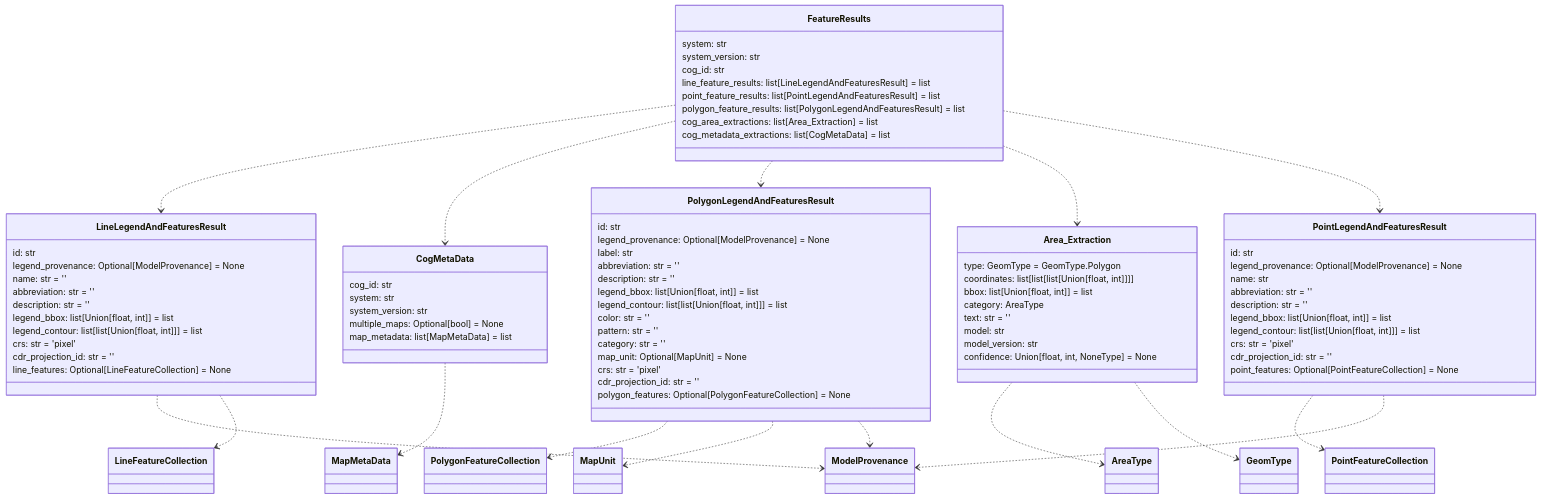
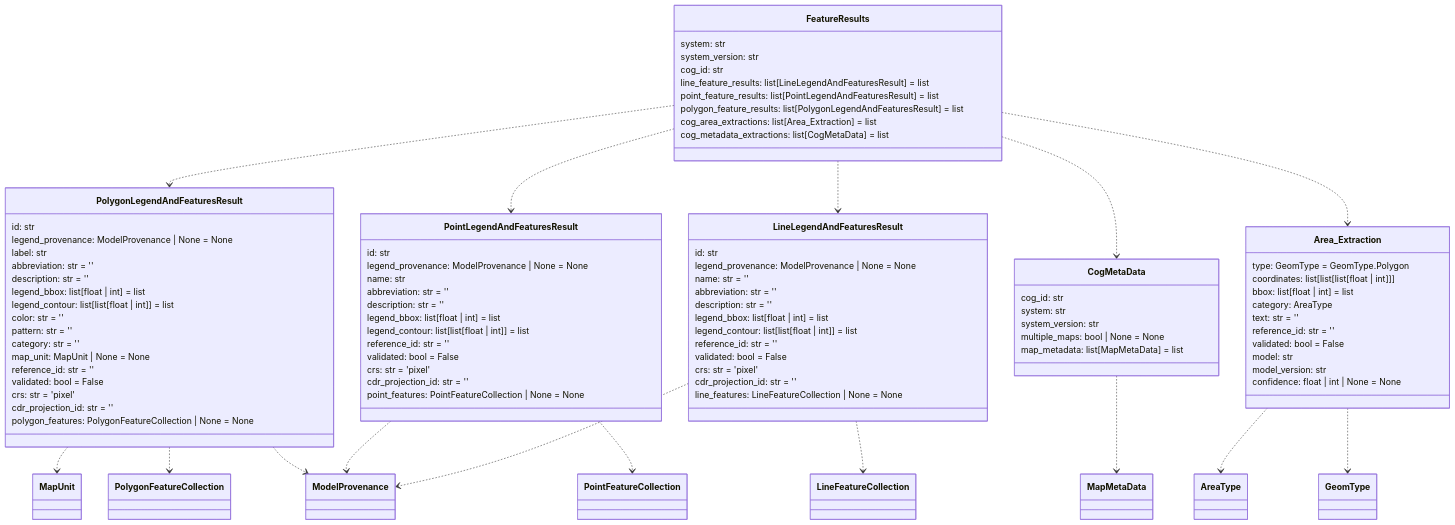
The fourth of 12 diagrams in README.md (DARPA-CRITICALMAAS/cdr_schemas), drawn with Mermaid before and after one commit. The commit also changed other lines of this file, not shown here.

Commit message:
Update README with new ERD

````diff
--- a/README.md
+++ b/README.md
@@ -251,24 +256,60 @@
 ```mermaid
 classDiagram
 
+    class PolygonLegendAndFeaturesResult {
+        id: str
+        legend_provenance: ModelProvenance | None = None
+        label: str
+        abbreviation: str = ''
+        description: str = ''
+        legend_bbox: list[float | int] = list
+        legend_contour: list[list[float | int]] = list
+        color: str = ''
+        pattern: str = ''
+        category: str = ''
+        map_unit: MapUnit | None = None
+        reference_id: str = ''
+        validated: bool = False
+        crs: str = 'pixel'
+        cdr_projection_id: str = ''
+        polygon_features: PolygonFeatureCollection | None = None
+    }
+
+    class PointLegendAndFeaturesResult {
+        id: str
+        legend_provenance: ModelProvenance | None = None
+        name: str
+        abbreviation: str = ''
+        description: str = ''
+        legend_bbox: list[float | int] = list
+        legend_contour: list[list[float | int]] = list
+        reference_id: str = ''
+        validated: bool = False
+        crs: str = 'pixel'
+        cdr_projection_id: str = ''
+        point_features: PointFeatureCollection | None = None
+    }
+
     class LineLegendAndFeaturesResult {
         id: str
-        legend_provenance: Optional[ModelProvenance] = None
+        legend_provenance: ModelProvenance | None = None
         name: str = ''
         abbreviation: str = ''
         description: str = ''
-        legend_bbox: list[Union[float, int]] = list
-        legend_contour: list[list[Union[float, int]]] = list
+        legend_bbox: list[float | int] = list
+        legend_contour: list[list[float | int]] = list
+        reference_id: str = ''
+        validated: bool = False
         crs: str = 'pixel'
         cdr_projection_id: str = ''
-        line_features: Optional[LineFeatureCollection] = None
+        line_features: LineFeatureCollection | None = None
     }
 
     class CogMetaData {
         cog_id: str
         system: str
         system_version: str
-        multiple_maps: Optional[bool] = None
+        multiple_maps: bool | None = None
         map_metadata: list[MapMetaData] = list
     }
 
@@ -283,45 +324,17 @@
         cog_metadata_extractions: list[CogMetaData] = list
     }
 
-    class PolygonLegendAndFeaturesResult {
-        id: str
-        legend_provenance: Optional[ModelProvenance] = None
-        label: str
-        abbreviation: str = ''
-        description: str = ''
-        legend_bbox: list[Union[float, int]] = list
-        legend_contour: list[list[Union[float, int]]] = list
-        color: str = ''
-        pattern: str = ''
-        category: str = ''
-        map_unit: Optional[MapUnit] = None
-        crs: str = 'pixel'
-        cdr_projection_id: str = ''
-        polygon_features: Optional[PolygonFeatureCollection] = None
-    }
-
     class Area_Extraction {
         type: GeomType = GeomType.Polygon
-        coordinates: list[list[list[Union[float, int]]]]
-        bbox: list[Union[float, int]] = list
+        coordinates: list[list[list[float | int]]]
+        bbox: list[float | int] = list
         category: AreaType
         text: str = ''
+        reference_id: str = ''
+        validated: bool = False
         model: str
         model_version: str
-        confidence: Union[float, int, NoneType] = None
-    }
-
-    class PointLegendAndFeaturesResult {
-        id: str
-        legend_provenance: Optional[ModelProvenance] = None
-        name: str
-        abbreviation: str = ''
-        description: str = ''
-        legend_bbox: list[Union[float, int]] = list
-        legend_contour: list[list[Union[float, int]]] = list
-        crs: str = 'pixel'
-        cdr_projection_id: str = ''
-        point_features: Optional[PointFeatureCollection] = None
+        confidence: float | int | None = None
     }
 
     Area_Extraction ..> AreaType
@@ -330,15 +343,15 @@
     LineLegendAndFeaturesResult ..> LineFeatureCollection
     PointLegendAndFeaturesResult ..> PointFeatureCollection
     PointLegendAndFeaturesResult ..> ModelProvenance
+    PolygonLegendAndFeaturesResult ..> ModelProvenance
+    PolygonLegendAndFeaturesResult ..> MapUnit
     PolygonLegendAndFeaturesResult ..> PolygonFeatureCollection
-    PolygonLegendAndFeaturesResult ..> MapUnit
-    PolygonLegendAndFeaturesResult ..> ModelProvenance
     CogMetaData ..> MapMetaData
+    FeatureResults ..> PolygonLegendAndFeaturesResult
+    FeatureResults ..> PointLegendAndFeaturesResult
     FeatureResults ..> LineLegendAndFeaturesResult
     FeatureResults ..> CogMetaData
-    FeatureResults ..> PolygonLegendAndFeaturesResult
     FeatureResults ..> Area_Extraction
-    FeatureResults ..> PointLegendAndFeaturesResult
 
 
 ```
````
